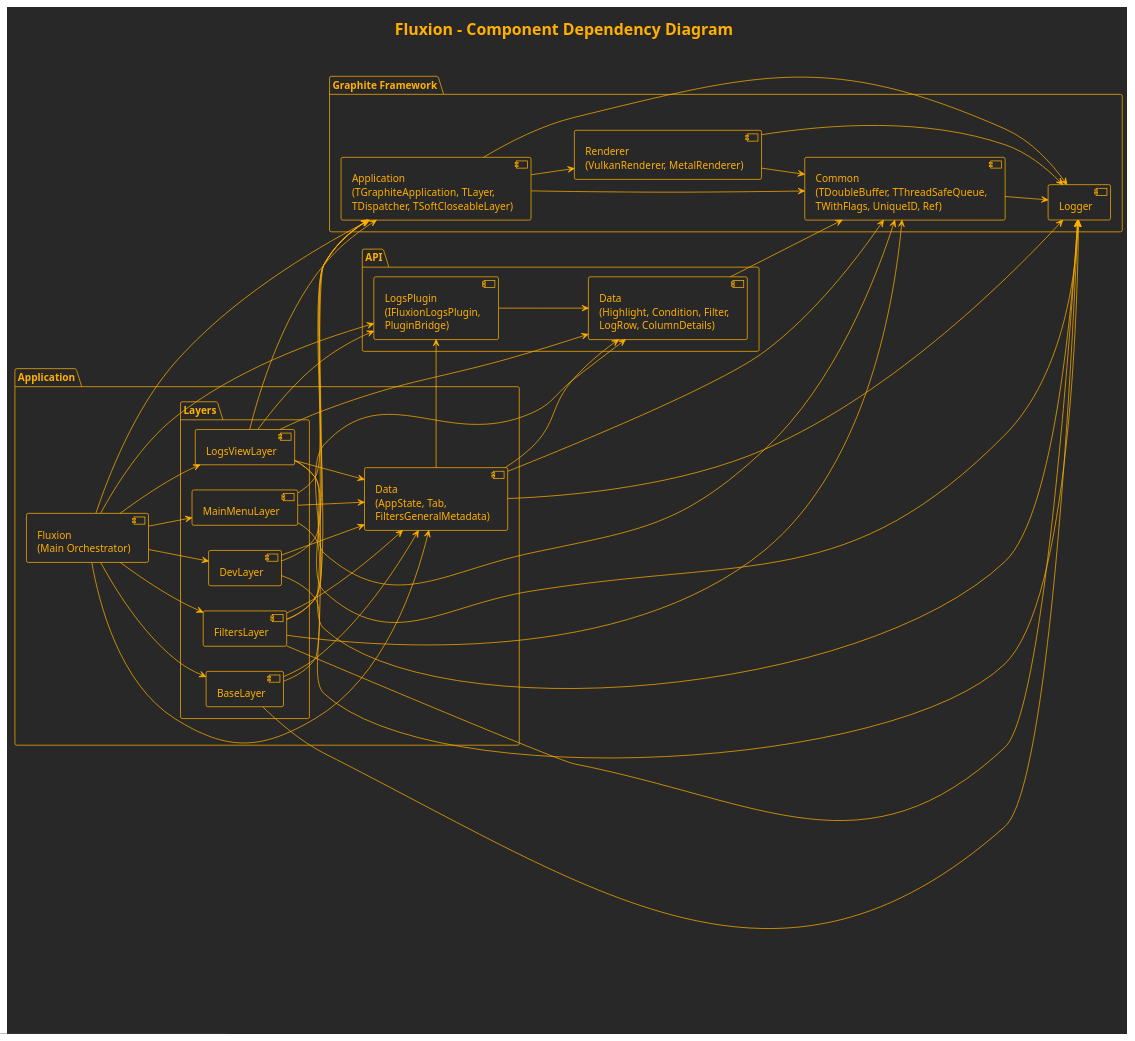
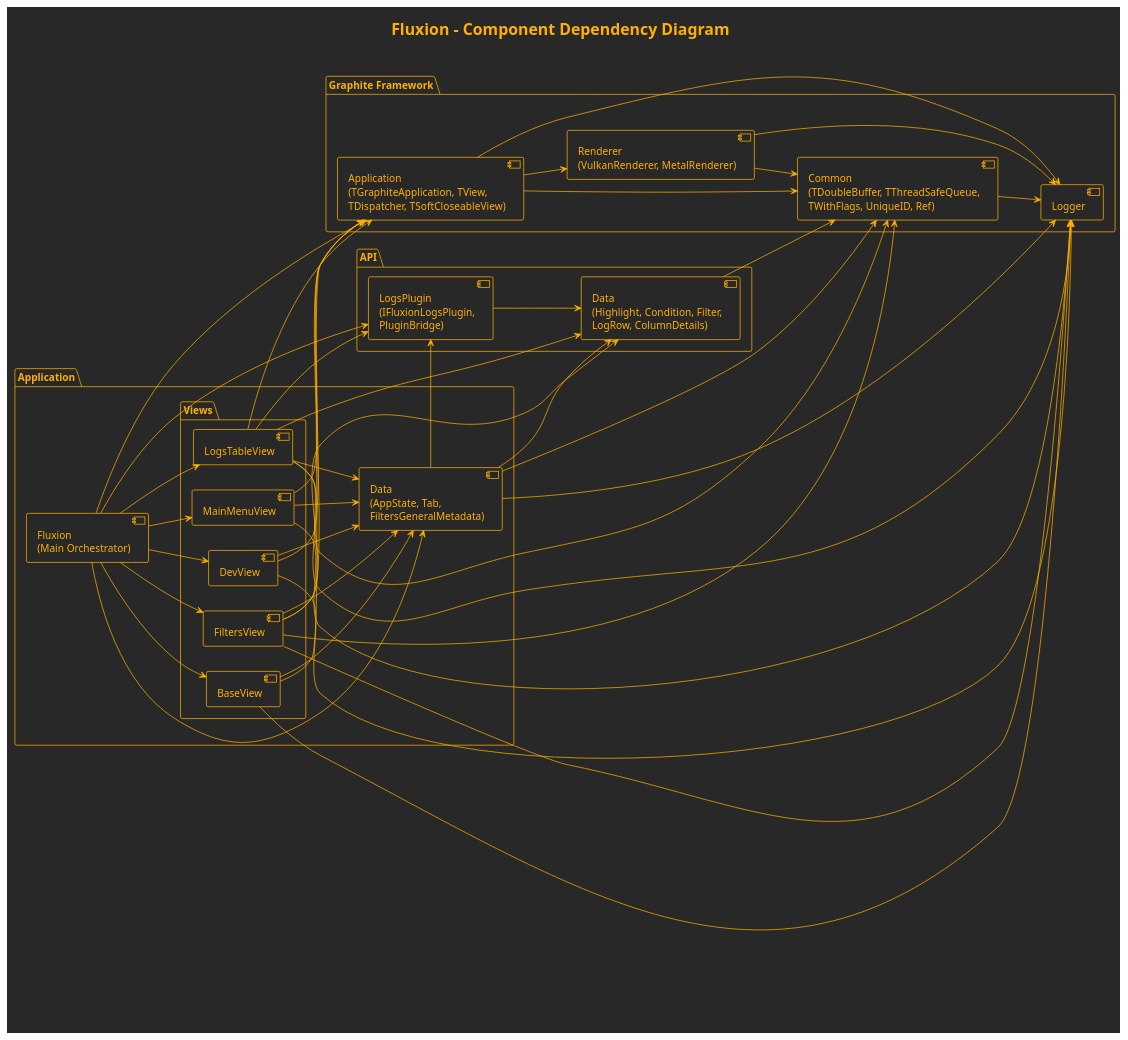
Before and after one commit to TheAncientOwl/fluxion: the diagram in project/docs/COMPONENT_DIAGRAM.puml, drawn with PlantUML. The commit also changed 105 other files, not shown here.

Commit message:
Rename Layer->View to better fit the purpose. TODO: consider layering in the future

```diff
--- a/project/docs/COMPONENT_DIAGRAM.puml
+++ b/project/docs/COMPONENT_DIAGRAM.puml
@@ -1,82 +1,82 @@
 @startuml Fluxion Component Architecture
 
 !theme crt-amber
 left to right direction
 
 title Fluxion - Component Dependency Diagram
 
 package "Graphite Framework" {
     component [Logger] as GLogger
     component [Common\n(TDoubleBuffer, TThreadSafeQueue,\nTWithFlags, UniqueID, Ref)] as GCommon
-    component [Application\n(TGraphiteApplication, TLayer,\nTDispatcher, TSoftCloseableLayer)] as GApp
+    component [Application\n(TGraphiteApplication, TView,\nTDispatcher, TSoftCloseableView)] as GApp
     component [Renderer\n(VulkanRenderer, MetalRenderer)] as GRenderer
 }
 
 package "API" {
     component [Data\n(Highlight, Condition, Filter,\nLogRow, ColumnDetails)] as APIData
     component [LogsPlugin\n(IFluxionLogsPlugin,\nPluginBridge)] as APIPlugin
 }
 
 package "Application" {
     component [Fluxion\n(Main Orchestrator)] as AppFluxion
     component [Data\n(AppState, Tab,\nFiltersGeneralMetadata)] as AppData
     
-    package "Layers" {
-        component [BaseLayer] as LayerBase
-        component [MainMenuLayer] as LayerMenu
-        component [DevLayer] as LayerDev
-        component [FiltersLayer] as LayerFilters
-        component [LogsViewLayer] as LayerLogs
+    package "Views" {
+        component [BaseView] as ViewBase
+        component [MainMenuView] as ViewMenu
+        component [DevView] as ViewDev
+        component [FiltersView] as ViewFilters
+        component [LogsTableView] as ViewLogs
     }
 }
 
 GCommon --> GLogger
 GApp --> GLogger
 GApp --> GCommon
 GApp --> GRenderer
 GRenderer --> GLogger
 GRenderer --> GCommon
 
 APIData --> GCommon
 APIPlugin --> APIData
 
 AppFluxion --> GApp
 AppFluxion --> APIPlugin
 AppFluxion --> AppData
-AppFluxion --> LayerBase
-AppFluxion --> LayerMenu
-AppFluxion --> LayerDev
-AppFluxion --> LayerFilters
-AppFluxion --> LayerLogs
+AppFluxion --> ViewBase
+AppFluxion --> ViewMenu
+AppFluxion --> ViewDev
+AppFluxion --> ViewFilters
+AppFluxion --> ViewLogs
 
 AppData --> GCommon
 AppData --> GLogger
 AppData --> APIData
 AppData --> APIPlugin
 
-LayerBase --> GApp
-LayerBase --> AppData
-LayerBase --> GLogger
+ViewBase --> GApp
+ViewBase --> AppData
+ViewBase --> GLogger
 
-LayerMenu --> GApp
-LayerMenu --> AppData
-LayerMenu --> GLogger
+ViewMenu --> GApp
+ViewMenu --> AppData
+ViewMenu --> GLogger
 
-LayerDev --> GApp
-LayerDev --> AppData
-LayerDev --> GLogger
+ViewDev --> GApp
+ViewDev --> AppData
+ViewDev --> GLogger
 
-LayerFilters --> GApp
-LayerFilters --> AppData
-LayerFilters --> APIData
-LayerFilters --> GCommon
-LayerFilters --> GLogger
+ViewFilters --> GApp
+ViewFilters --> AppData
+ViewFilters --> APIData
+ViewFilters --> GCommon
+ViewFilters --> GLogger
 
-LayerLogs --> GApp
-LayerLogs --> AppData
-LayerLogs --> APIData
-LayerLogs --> APIPlugin
-LayerLogs --> GCommon
-LayerLogs --> GLogger
+ViewLogs --> GApp
+ViewLogs --> AppData
+ViewLogs --> APIData
+ViewLogs --> APIPlugin
+ViewLogs --> GCommon
+ViewLogs --> GLogger
 
 @enduml
```
